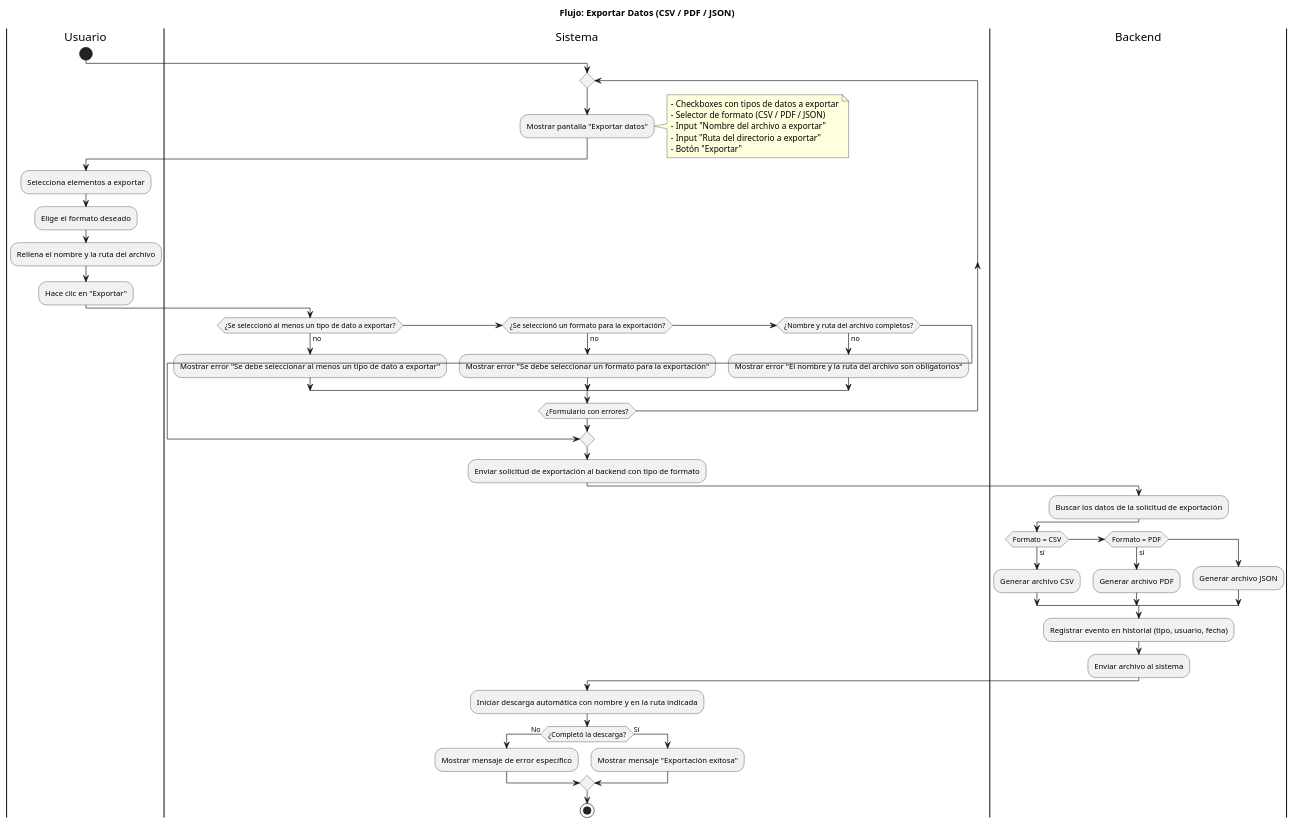
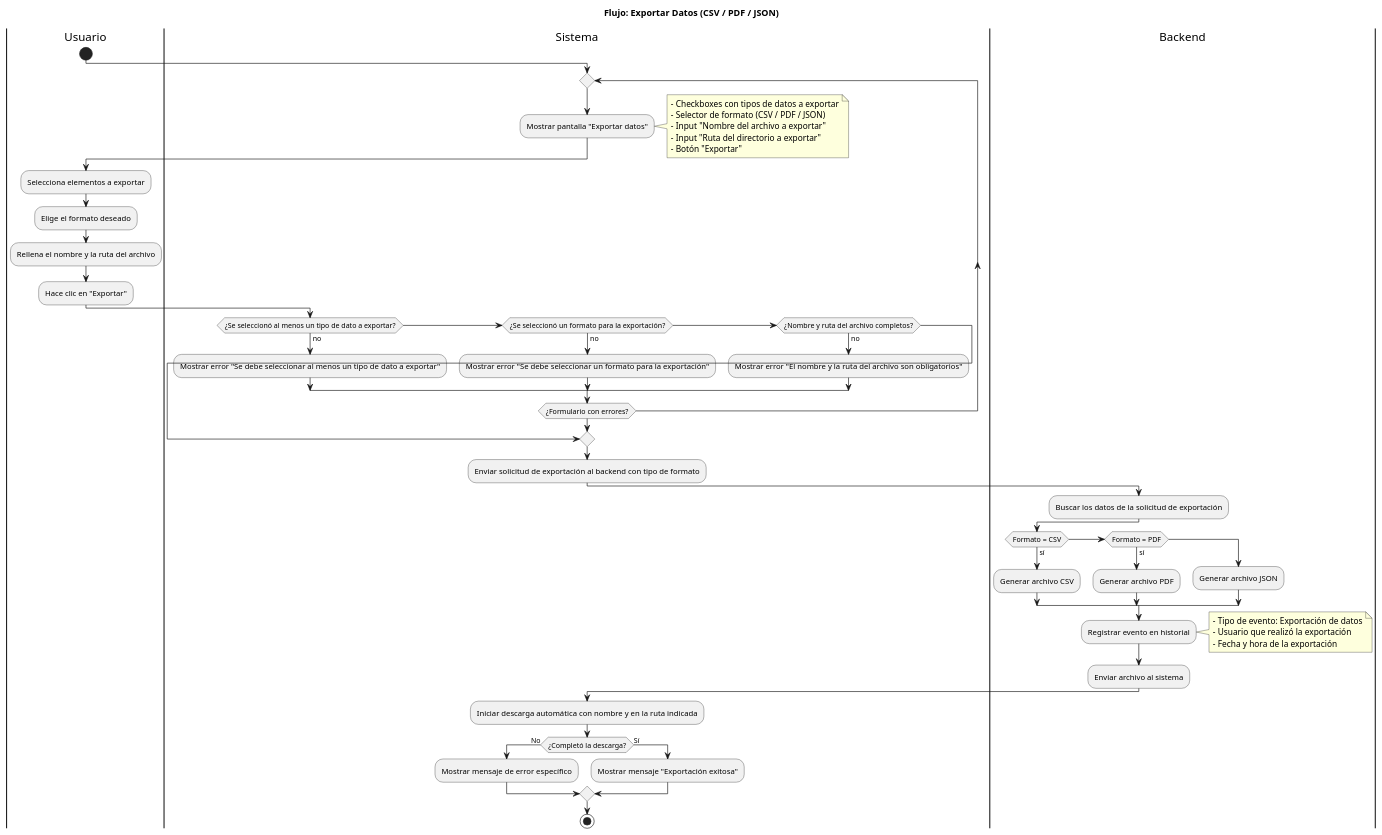
One commit to fioremos/simulador-planificacion-financiera changed the diagram in docs/04-diagramas/01-diagrama-de-actividades/actividad-flujo-3-exportar-datos.puml. Above: the diagram before and after it, drawn with PlantUML. The commit also changed 9 other files, not shown here.

```diff
--- a/docs/04-diagramas/01-diagrama-de-actividades/actividad-flujo-3-exportar-datos.puml
+++ b/docs/04-diagramas/01-diagrama-de-actividades/actividad-flujo-3-exportar-datos.puml
@@ -1,62 +1,67 @@
 @startuml exportar_datos_detallado
 title Flujo: Exportar Datos (CSV / PDF / JSON)
 
 |Usuario|
 start
 
 |Sistema|
   repeat
   :Mostrar pantalla "Exportar datos";
     note right
       - Checkboxes con tipos de datos a exportar
       - Selector de formato (CSV / PDF / JSON)
       - Input "Nombre del archivo a exportar"
       - Input "Ruta del directorio a exportar"
       - Botón "Exportar"
     end note
 
   |Usuario|
   :Selecciona elementos a exportar;
   :Elige el formato deseado;
   :Rellena el nombre y la ruta del archivo;
   :Hace clic en "Exportar";
 
   |Sistema|
     if (¿Se seleccionó al menos un tipo de dato a exportar?) then (no)
       :Mostrar error "Se debe seleccionar al menos un tipo de dato a exportar";
     elseif (¿Se seleccionó un formato para la exportación?) then (no)
       :Mostrar error "Se debe seleccionar un formato para la exportación";
     elseif (¿Nombre y ruta del archivo completos?) then (no)
       :Mostrar error "El nombre y la ruta del archivo son obligatorios";
     else
       break
     endif
 
   repeat while (¿Formulario con errores?)
   :Enviar solicitud de exportación al backend con tipo de formato;
 
 |Backend|
 :Buscar los datos de la solicitud de exportación;
 
 if (Formato = CSV) then (sí)
   :Generar archivo CSV;
 elseif (Formato = PDF) then (sí)
   :Generar archivo PDF;
 else
   :Generar archivo JSON;
 endif
 
-:Registrar evento en historial (tipo, usuario, fecha);
+:Registrar evento en historial;
+note right
+  - Tipo de evento: Exportación de datos
+  - Usuario que realizó la exportación
+  - Fecha y hora de la exportación
+end note
 :Enviar archivo al sistema;
 
 |Sistema|
 :Iniciar descarga automática con nombre y en la ruta indicada;
 
 if (¿Completó la descarga?) then (No)
   :Mostrar mensaje de error específico;
 else (Sí)
   :Mostrar mensaje "Exportación exitosa";
 endif
 
 stop
 @enduml
```
